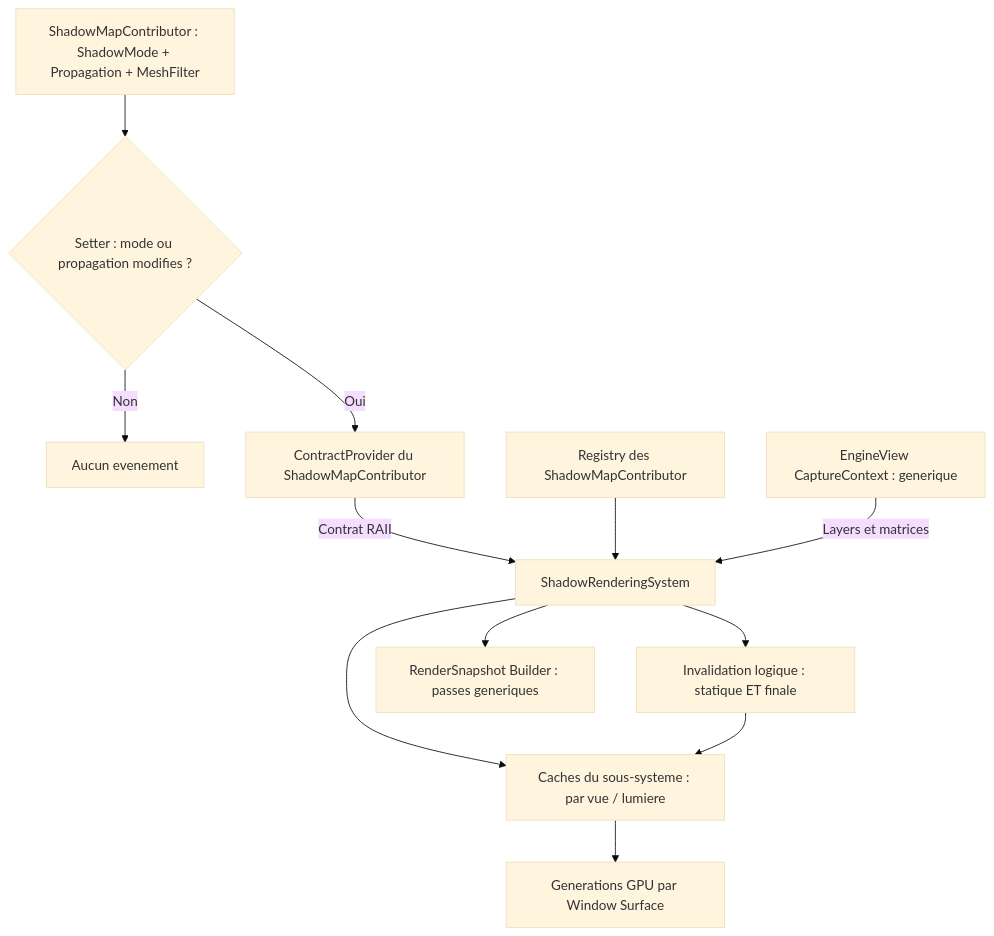
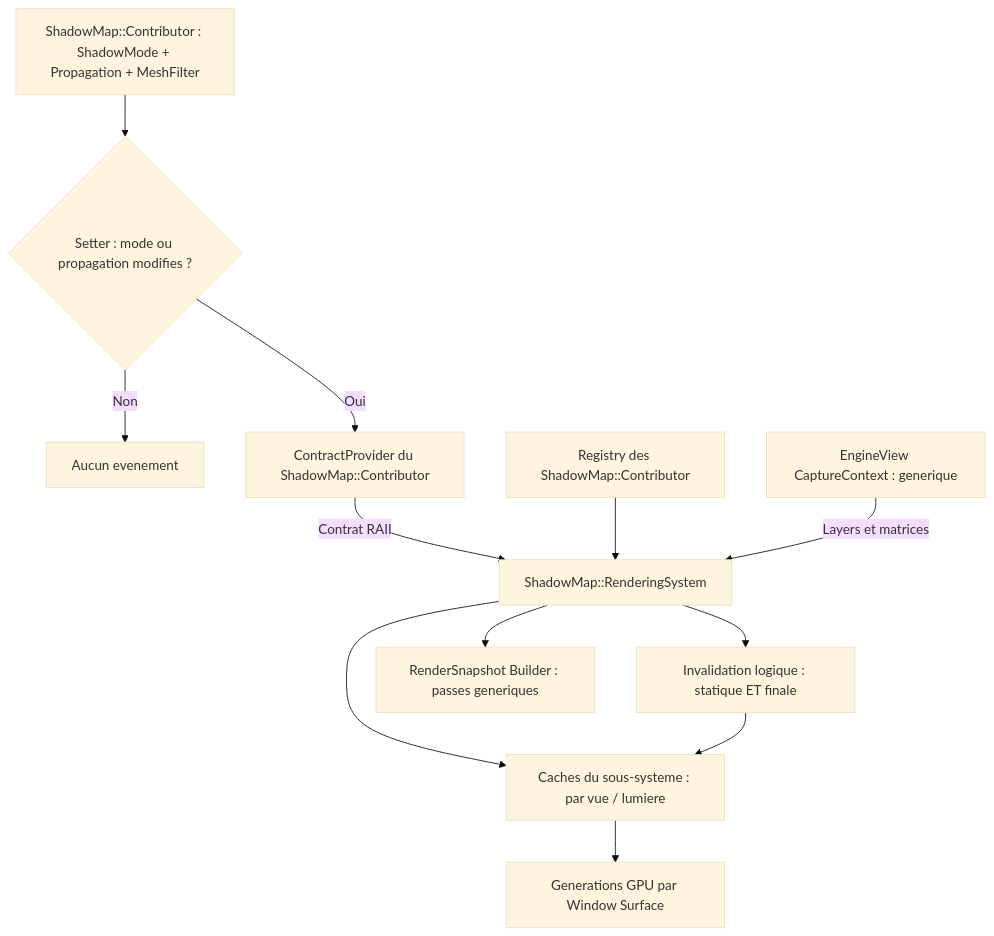
Before and after one commit to EreliaStudio/Sparkle: diagram 12 of 14 in docs/voxel-engine-v0.1.4-specification.md, drawn with Mermaid (base theme). The commit also changed other lines of this file, not shown here.

Commit message:
docs(v0.1.4): organize autonomous shadow passes as ShadowMap with nested Contributor and RenderingSystem

````diff
--- a/docs/voxel-engine-v0.1.4-specification.md
+++ b/docs/voxel-engine-v0.1.4-specification.md
@@ -1065,14 +1082,14 @@
 ```mermaid
 flowchart TD
-  Source["ShadowMapContributor : ShadowMode + Propagation + MeshFilter"] --> Change{"Setter : mode ou propagation modifies ?"}
+  Source["ShadowMap::Contributor : ShadowMode + Propagation + MeshFilter"] --> Change{"Setter : mode ou propagation modifies ?"}
   Change -->|"Non"| Nothing["Aucun evenement"]
-  Change -->|"Oui"| Provider["ContractProvider du ShadowMapContributor"]
-  Provider -->|"Contrat RAII"| S["ShadowRenderingSystem"]
+  Change -->|"Oui"| Provider["ContractProvider du ShadowMap::Contributor"]
+  Provider -->|"Contrat RAII"| S["ShadowMap::RenderingSystem"]
   S --> Cache["Invalidation logique : statique ET finale"]
-  Registry["Registry des ShadowMapContributor"] --> S
+  Registry["Registry des ShadowMap::Contributor"] --> S
   S --> PerView["Caches du sous-systeme : par vue / lumiere"]
   PerView --> Surface["Generations GPU par Window Surface"]
   Cache --> PerView
   Context["EngineView CaptureContext : generique"] -->|"Layers et matrices"| S
   S --> Builder["RenderSnapshot Builder : passes generiques"]
 ```
````
